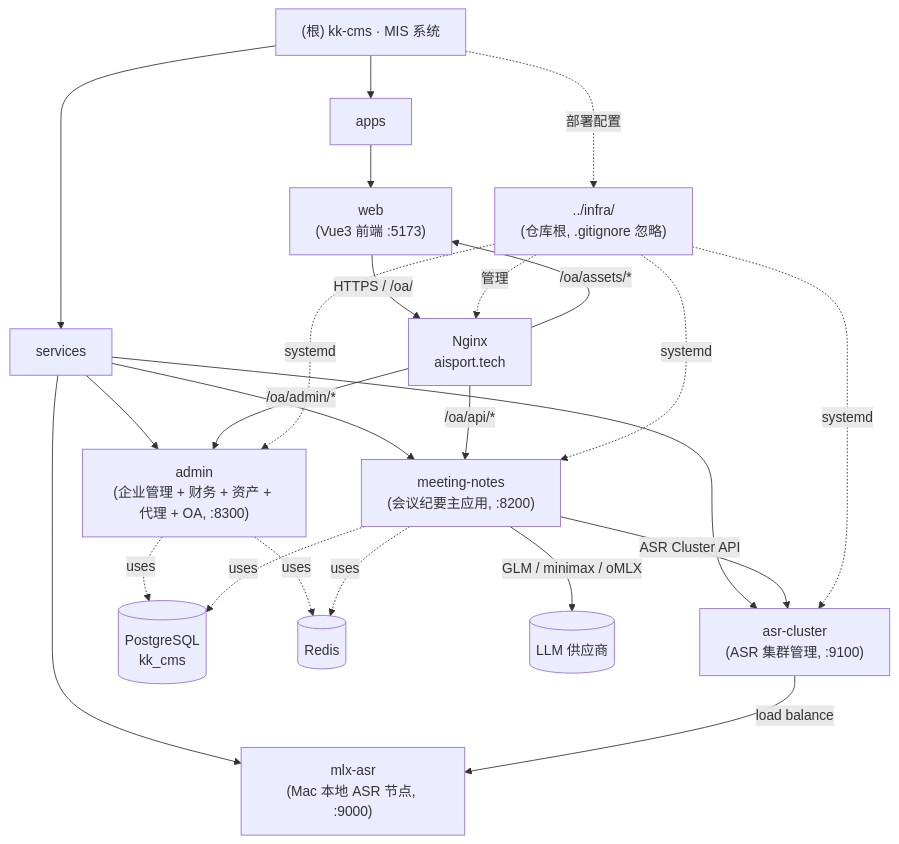
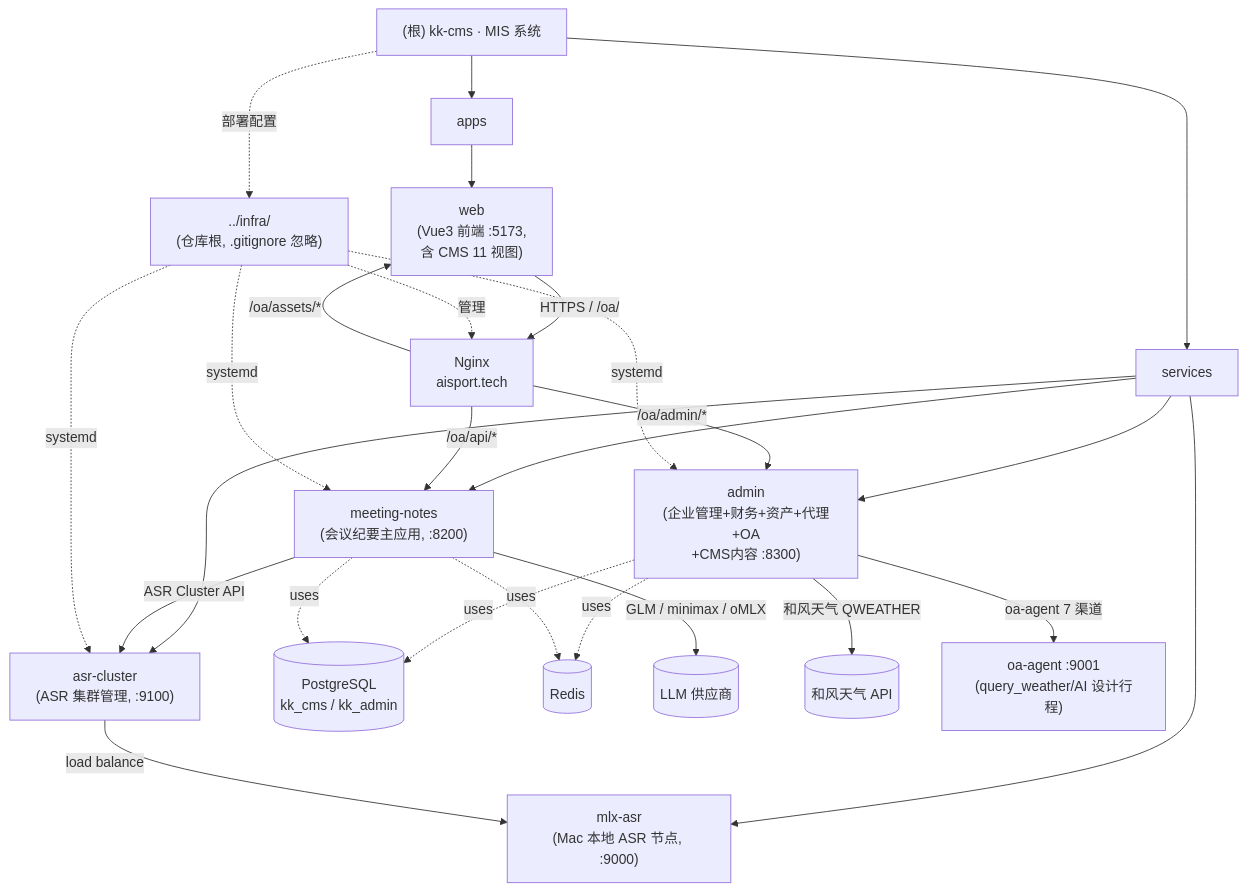
One commit to changzhi777/kk-mis changed the diagram in CLAUDE.md. Above: the diagram before and after it, drawn with Mermaid. The commit also changed other lines of this file and 18 other files, not shown here.

````diff
--- a/CLAUDE.md
+++ b/CLAUDE.md
@@ -33,38 +45,41 @@
 ```mermaid
 graph TD
     Root["(根) kk-cms · MIS 系统"] --> Apps["apps"]
     Root --> Services["services"]
     Root -.部署配置.-> InfraExt["../infra/<br/>(仓库根, .gitignore 忽略)"]
 
-    Apps --> Web["web<br/>(Vue3 前端 :5173)"]
+    Apps --> Web["web<br/>(Vue3 前端 :5173,<br/>含 CMS 11 视图)"]
 
-    Services --> Admin["admin<br/>(企业管理 + 财务 + 资产 + 代理 + OA, :8300)"]
+    Services --> Admin["admin<br/>(企业管理+财务+资产+代理+OA<br/>+CMS内容 :8300)"]
     Services --> MN["meeting-notes<br/>(会议纪要主应用, :8200)"]
     Services --> MLX["mlx-asr<br/>(Mac 本地 ASR 节点, :9000)"]
     Services --> Cluster["asr-cluster<br/>(ASR 集群管理, :9100)"]
 
-    Admin -.uses.-> PG[("PostgreSQL<br/>kk_cms")]
+    Admin -.uses.-> PG[("PostgreSQL<br/>kk_cms / kk_admin")]
     MN -.uses.-> PG
     Admin -.uses.-> Redis[("Redis")]
     MN -.uses.-> Redis
 
     MN -- "ASR Cluster API" --> Cluster
     Cluster -- "load balance" --> MLX
 
     MN -- "GLM / minimax / oMLX" --> LLM[("LLM 供应商")]
+    Admin -- "和风天气 QWEATHER" --> Weather[("和风天气 API")]
+    Admin -- "oa-agent 7 渠道" --> OaAgent["oa-agent :9001<br/>(query_weather/AI 设计行程)"]
+
     Web -- "HTTPS / /oa/" --> Nginx["Nginx<br/>aisport.tech"]
     Nginx -- "/oa/api/*" --> MN
     Nginx -- "/oa/admin/*" --> Admin
     Nginx -- "/oa/assets/*" --> Web
 
     InfraExt -.管理.-> Nginx
     InfraExt -.systemd.-> Admin
     InfraExt -.systemd.-> MN
     InfraExt -.systemd.-> Cluster
 
     click Web "./apps/web/CLAUDE.md" "查看 web 模块文档"
-    click Admin "./services/admin/CLAUDE.md" "查看 admin 模块文档"
+    click Admin "./services/admin/CLAUDE.md" "查看 admin 模块文档（含 CMS 第 7 节）"
     click MN "./services/meeting-notes/CLAUDE.md" "查看 meeting-notes 模块文档"
     click MLX "./services/mlx-asr/CLAUDE.md" "查看 mlx-asr 模块文档"
     click Cluster "./services/asr-cluster/CLAUDE.md" "查看 asr-cluster 模块文档"
 ```
````
